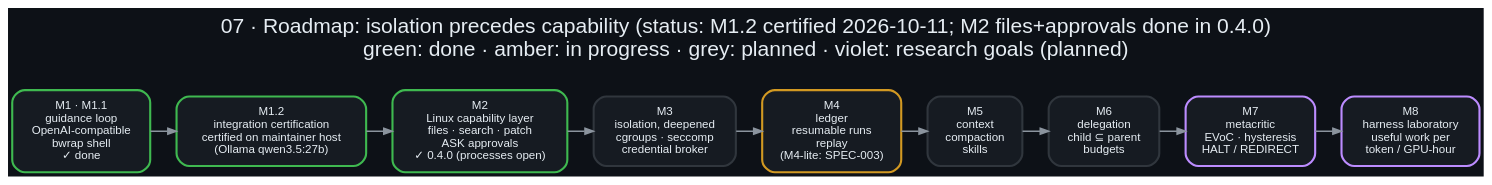
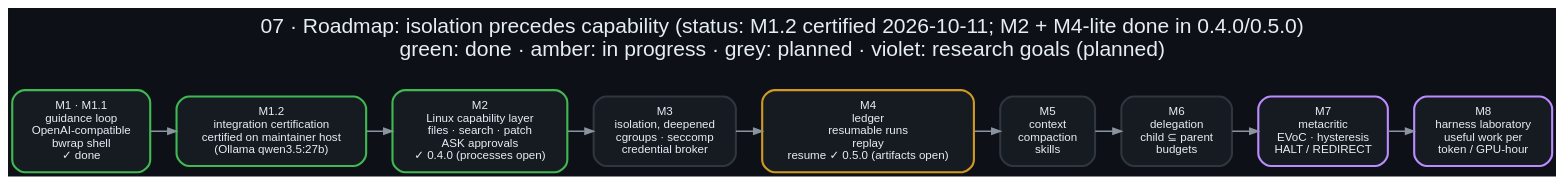
One commit to danindiana/malyutka changed the diagram in docs/diagrams/07_roadmap.dot. Above: the diagram before and after it, drawn with Graphviz. The commit also changed 37 other files, not shown here.

```diff
--- a/docs/diagrams/07_roadmap.dot
+++ b/docs/diagrams/07_roadmap.dot
@@ -1,18 +1,18 @@
 digraph roadmap {
     graph [bgcolor="#0d1117", rankdir=LR, fontname="Helvetica", fontcolor="#e6edf3", labelloc="t", fontsize=20,
-           label="07 · Roadmap: isolation precedes capability (status: M1.2 certified 2026-10-11; M2 files+approvals done in 0.4.0)\ngreen: done · amber: in progress · grey: planned · violet: research goals (planned)\n ", nodesep=0.25, ranksep=0.35];
+           label="07 · Roadmap: isolation precedes capability (status: M1.2 certified 2026-10-11; M2 + M4-lite done in 0.4.0/0.5.0)\ngreen: done · amber: in progress · grey: planned · violet: research goals (planned)\n ", nodesep=0.25, ranksep=0.35];
     node  [fontname="Helvetica", fontcolor="#e6edf3", color="#30363d", style="filled,rounded", shape=box, penwidth=2,
            margin="0.18,0.12", fillcolor="#161b22", fontsize=11];
     edge  [color="#8b949e", penwidth=1.4, arrowsize=0.8];
 
     m1  [label="M1 · M1.1\nguidance loop\nOpenAI-compatible\nbwrap shell\n✓ done", color="#3fb950"];
     m12 [label="M1.2\nintegration certification\ncertified on maintainer host\n(Ollama qwen3.5:27b)", color="#3fb950"];
     m2  [label="M2\nLinux capability layer\nfiles · search · patch\nASK approvals\n✓ 0.4.0 (processes open)", color="#3fb950"];
     m3  [label="M3\nisolation, deepened\ncgroups · seccomp\ncredential broker", color="#30363d"];
-    m4  [label="M4\nledger\nresumable runs\nreplay\n(M4-lite: SPEC-003)", color="#d29922"];
+    m4  [label="M4\nledger\nresumable runs\nreplay\nresume ✓ 0.5.0 (artifacts open)", color="#d29922"];
     m5  [label="M5\ncontext\ncompaction\nskills", color="#30363d"];
     m6  [label="M6\ndelegation\nchild ⊆ parent\nbudgets", color="#30363d"];
     m7  [label="M7\nmetacritic\nEVoC · hysteresis\nHALT / REDIRECT", color="#bc8cff"];
     m8  [label="M8\nharness laboratory\nuseful work per\ntoken / GPU-hour", color="#bc8cff"];
     m1 -> m12 -> m2 -> m3 -> m4 -> m5 -> m6 -> m7 -> m8;
 }
```
